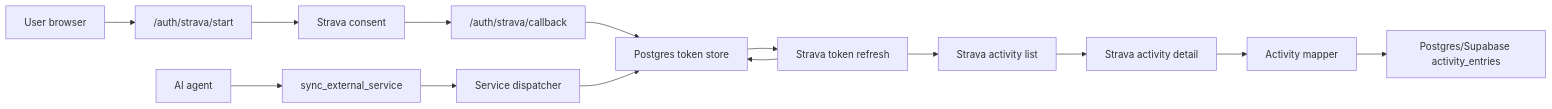
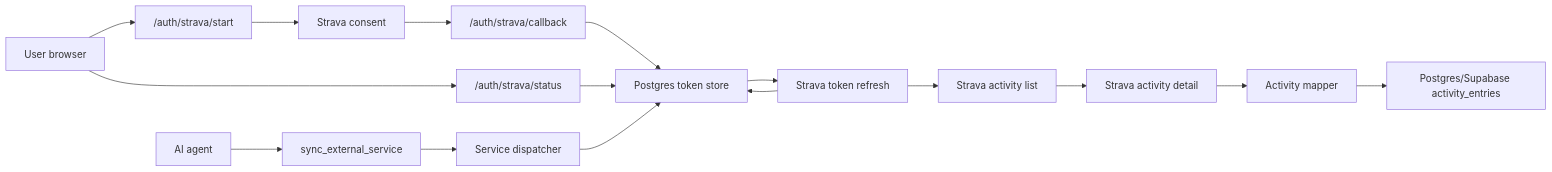
Before and after one commit to rodo1985/apex-mcp-server: the diagram in docs/external-service-sync.md, drawn with Mermaid. The commit also changed other lines of this file and 10 other files, not shown here.

````diff
--- a/docs/external-service-sync.md
+++ b/docs/external-service-sync.md
@@ -93,16 +106,18 @@
 ```mermaid
 flowchart LR
     Browser["User browser"] --> OAuthStart["/auth/strava/start"]
     OAuthStart --> StravaConsent["Strava consent"]
     StravaConsent --> OAuthCallback["/auth/strava/callback"]
     OAuthCallback --> TokenStore["Postgres token store"]
+    Browser --> Status["/auth/strava/status"]
+    Status --> TokenStore
     Agent["AI agent"] --> Tool["sync_external_service"]
     Tool --> Dispatcher["Service dispatcher"]
     Dispatcher --> TokenStore
     TokenStore --> StravaAuth["Strava token refresh"]
     StravaAuth --> StravaList["Strava activity list"]
     StravaAuth --> TokenStore
     StravaList --> StravaDetail["Strava activity detail"]
     StravaDetail --> Mapper["Activity mapper"]
     Mapper --> Store["Postgres/Supabase activity_entries"]
 ```
````
